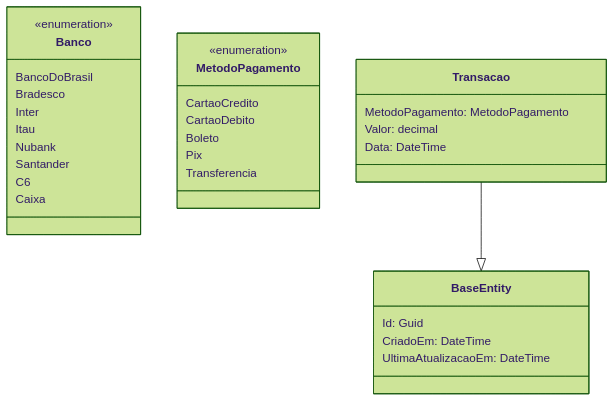
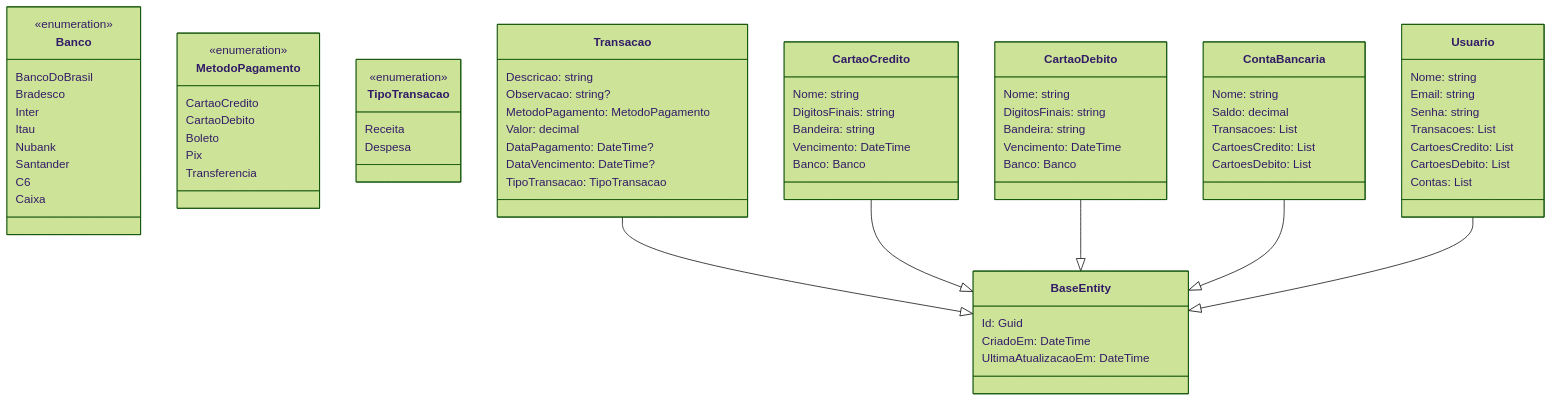
The diagram in README.md (gbLw1/MyCoreBanking), drawn with Mermaid (forest theme) before and after one commit.

Commit message:
docs: update mermaid

````diff
--- a/README.md
+++ b/README.md
@@ -18,13 +18,18 @@
 }
 
 class MetodoPagamento{
-%% This whole line is a comment classDiagram class Shape <<interface>>
     <<enumeration>>
     CartaoCredito
     CartaoDebito
     Boleto
     Pix
     Transferencia
+}
+
+class TipoTransacao{
+    <<enumeration>>
+    Receita
+    Despesa
 }
 
 class BaseEntity{
@@ -34,11 +39,53 @@
 }
 
 class Transacao{
+    Descricao: string
+    Observacao: string?
     MetodoPagamento: MetodoPagamento
     Valor: decimal
-    Data: DateTime
+    DataPagamento: DateTime?
+    DataVencimento: DateTime?
+    TipoTransacao: TipoTransacao
 }
 
+class CartaoCredito{
+    Nome: string
+    DigitosFinais: string
+    Bandeira: string
+    Vencimento: DateTime
+    Banco: Banco
+}
+
+class CartaoDebito{
+    Nome: string
+    DigitosFinais: string
+    Bandeira: string
+    Vencimento: DateTime
+    Banco: Banco
+}
+
+class ContaBancaria{
+    Nome: string
+    Saldo: decimal
+    Transacoes: List<Transacao>
+    CartoesCredito: List<CartaoCredito>
+    CartoesDebito: List<CartaoDebito>
+}
+
+class Usuario{
+    Nome: string
+    Email: string
+    Senha: string
+    Transacoes: List<Transacao>
+    CartoesCredito: List<CartaoCredito>
+    CartoesDebito: List<CartaoDebito>
+    Contas: List<ContaBancaria>
+}
+
+%% Relacionamentos:
 Transacao --|> BaseEntity
-
+CartaoCredito --|> BaseEntity
+CartaoDebito --|> BaseEntity
+ContaBancaria --|> BaseEntity
+Usuario --|> BaseEntity
 ```
````
